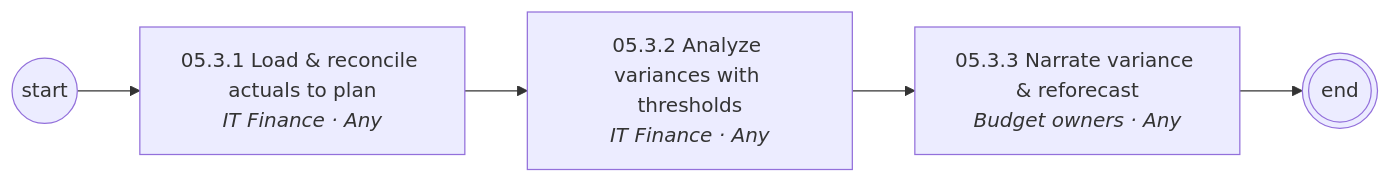
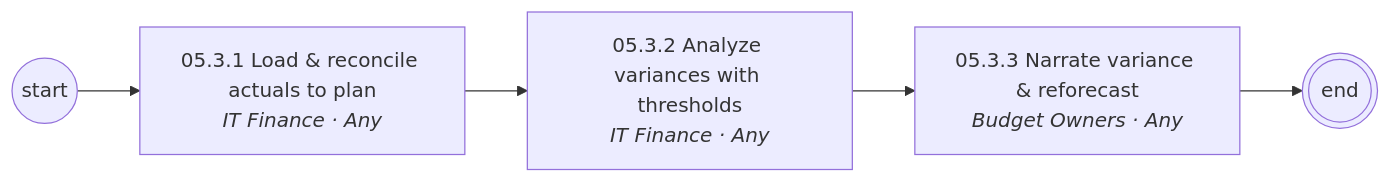
The fourth of 9 diagrams in diagrams/mermaid/area-05.md (corbyjames/apptio-process-catalog), drawn with Mermaid before and after one commit. The commit also changed other lines of this file and 251 other files, not shown here.

````diff
--- a/diagrams/mermaid/area-05.md
+++ b/diagrams/mermaid/area-05.md
@@ -63,11 +65,11 @@
 ```mermaid
 flowchart LR
   S((start))
   N05_3_1["05.3.1 Load & reconcile actuals to plan<br/><i>IT Finance · Any</i>"]
   S --> N05_3_1
   N05_3_2["05.3.2 Analyze variances with thresholds<br/><i>IT Finance · Any</i>"]
   N05_3_1 --> N05_3_2
-  N05_3_3["05.3.3 Narrate variance & reforecast<br/><i>Budget owners · Any</i>"]
+  N05_3_3["05.3.3 Narrate variance & reforecast<br/><i>Budget Owners · Any</i>"]
   N05_3_2 --> N05_3_3
   N05_3_3 --> E(((end)))
 ```
````
